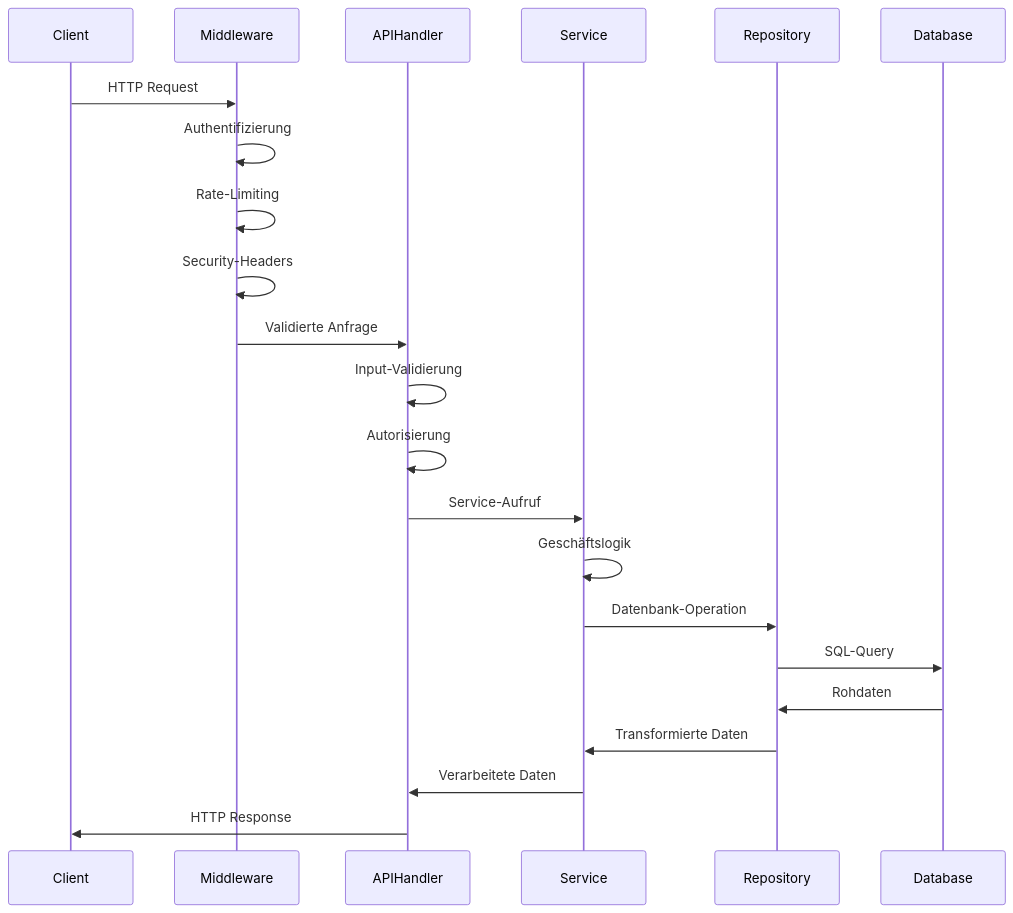
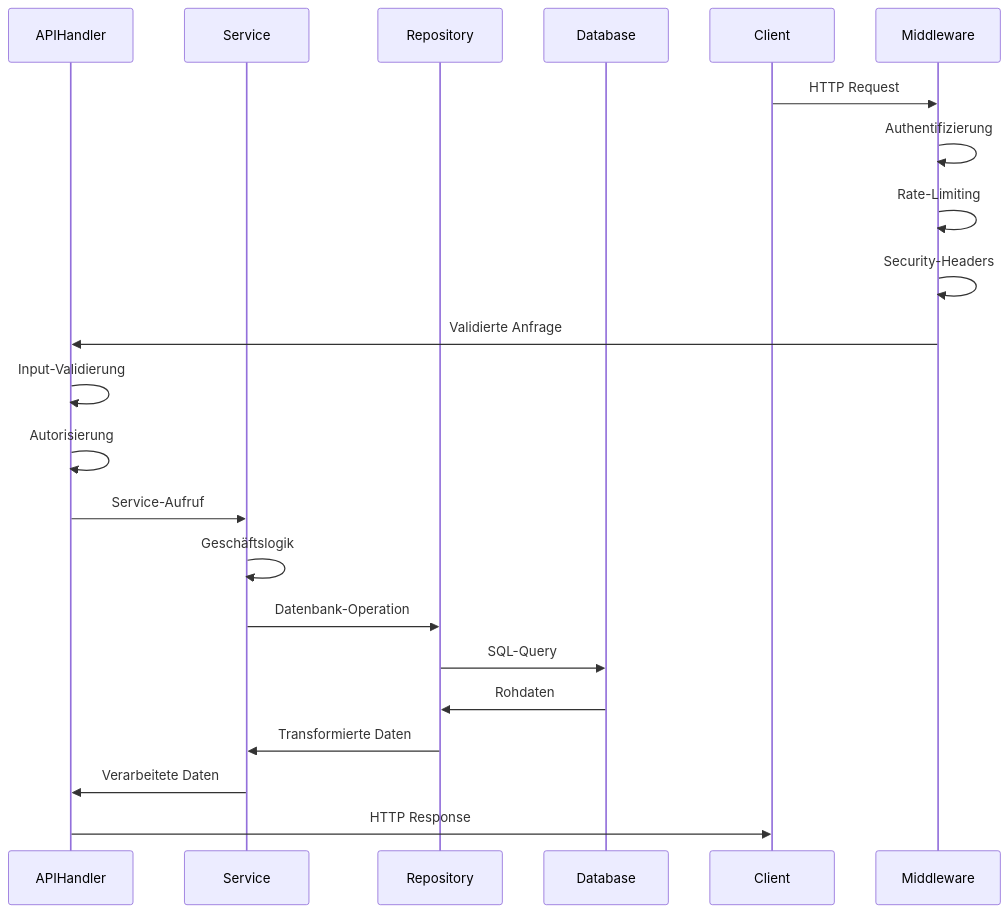
One commit to HubEvolution/EvolutionHub changed the second of 7 diagrams in docs/architecture/data-flow.md. Above: the diagram before and after it, drawn with Mermaid. The commit also changed other lines of this file and 90 other files, not shown here.

````diff
--- a/docs/architecture/data-flow.md
+++ b/docs/architecture/data-flow.md
@@ -70,25 +69,23 @@
 ```mermaid
 sequenceDiagram
-    participant Client
-    participant Middleware
     participant APIHandler
     participant Service
     participant Repository
     participant Database
 
     Client->>Middleware: HTTP Request
     Middleware->>Middleware: Authentifizierung
     Middleware->>Middleware: Rate-Limiting
     Middleware->>Middleware: Security-Headers
     Middleware->>APIHandler: Validierte Anfrage
     APIHandler->>APIHandler: Input-Validierung
     APIHandler->>APIHandler: Autorisierung
     APIHandler->>Service: Service-Aufruf
     Service->>Service: Geschäftslogik
     Service->>Repository: Datenbank-Operation
     Repository->>Database: SQL-Query
     Database->>Repository: Rohdaten
     Repository->>Service: Transformierte Daten
     Service->>APIHandler: Verarbeitete Daten
     APIHandler->>Client: HTTP Response
 ```
````
